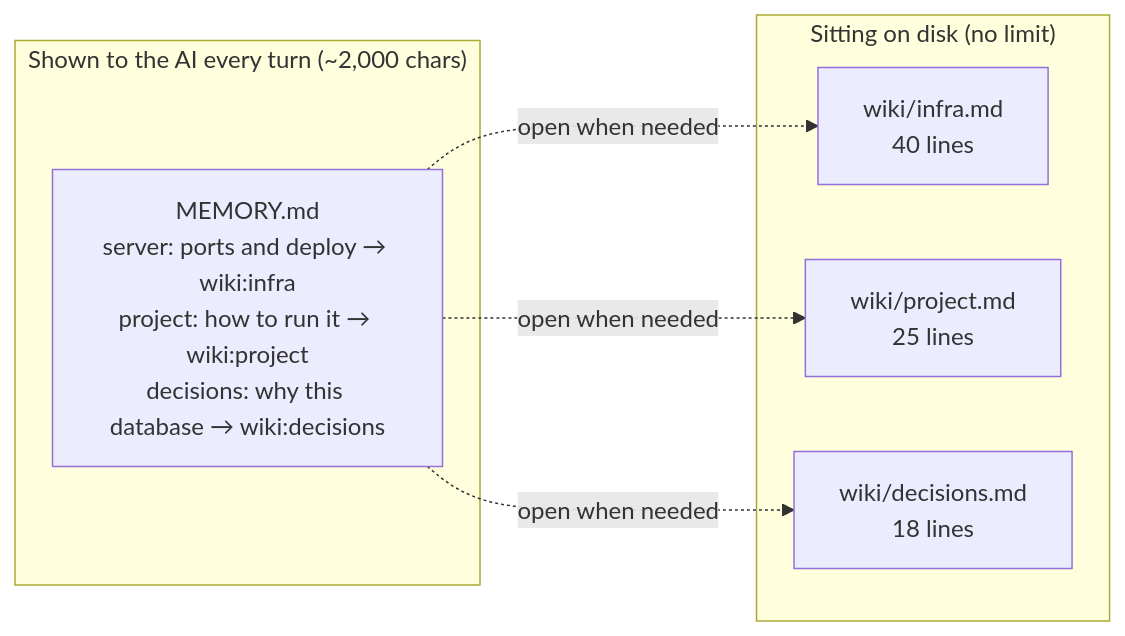
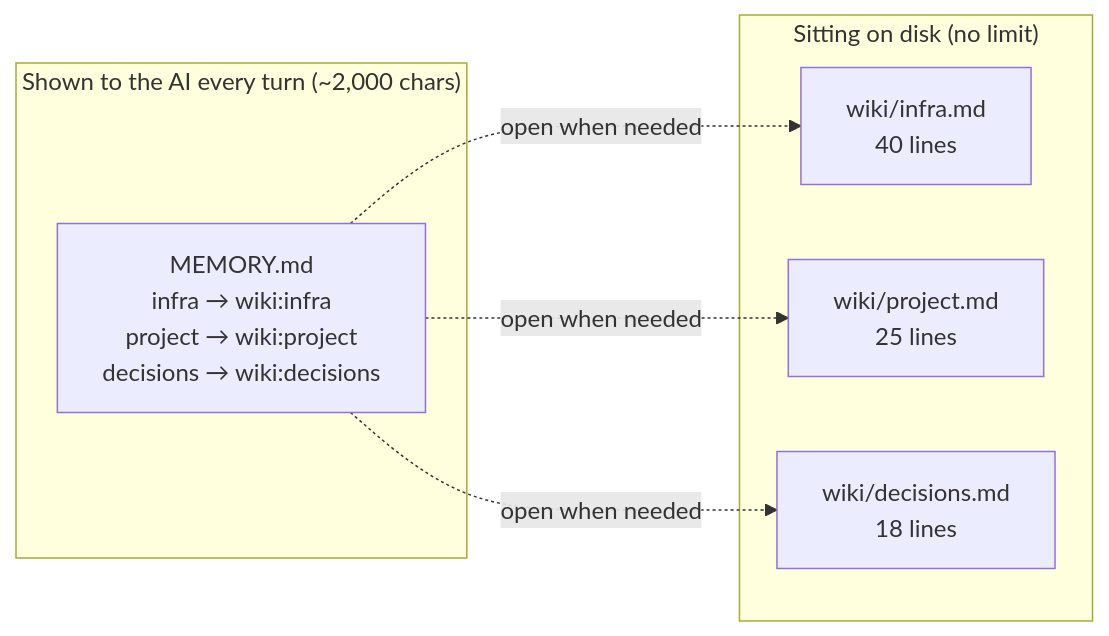
Before and after one commit to QINXIN111/tiered-memory: the first of 3 diagrams in README.md, drawn with Mermaid. The commit also changed 1 other file, not shown here.

Commit message:
docs: tighten the first diagram labels

````diff
--- a/README.md
+++ b/README.md
@@ -29,14 +29,14 @@
 ```mermaid
 flowchart LR
     subgraph CTX["Shown to the AI every turn (~2,000 chars)"]
-      IDX["MEMORY.md<br/>server: ports and deploy → wiki:infra<br/>project: how to run it → wiki:project<br/>decisions: why this database → wiki:decisions"]
+      IDX["MEMORY.md<br/>infra → wiki:infra<br/>project → wiki:project<br/>decisions → wiki:decisions"]
     end
     subgraph DISK["Sitting on disk (no limit)"]
       N1["wiki/infra.md<br/>40 lines"]
       N2["wiki/project.md<br/>25 lines"]
       N3["wiki/decisions.md<br/>18 lines"]
     end
     IDX -. "open when needed" .-> N1
     IDX -. "open when needed" .-> N2
     IDX -. "open when needed" .-> N3
 ```
````
